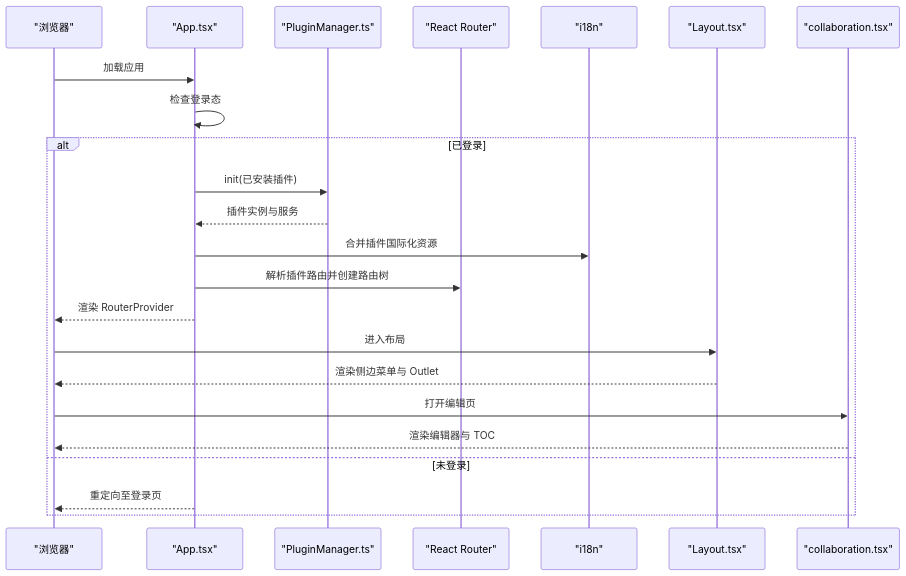
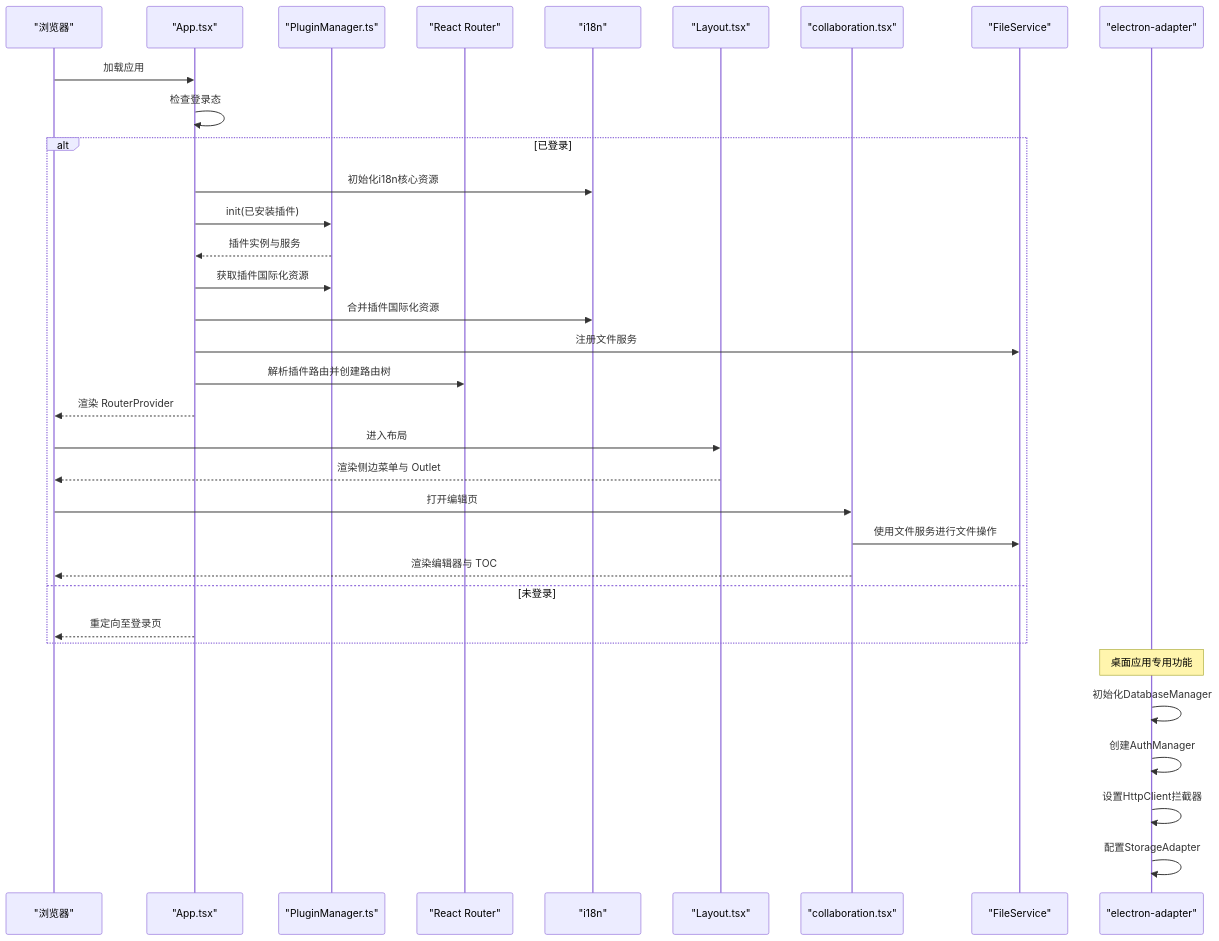
One commit to LRF0422/Kotion changed the second of 15 diagrams in .qoder/repowiki/zh/content/核心模块/核心模块.md. Above: the diagram before and after it, drawn with Mermaid. The commit also changed other lines of this file and 75 other files, not shown here.

````diff
--- a/.qoder/repowiki/zh/content/核心模块/核心模块.md
+++ b/.qoder/repowiki/zh/content/核心模块/核心模块.md
@@ -126,25 +254,36 @@
 ```mermaid
 sequenceDiagram
 participant Browser as "浏览器"
 participant App as "App.tsx"
 participant PM as "PluginManager.ts"
 participant Router as "React Router"
 participant Intl as "i18n"
 participant Layout as "Layout.tsx"
 participant Editor as "collaboration.tsx"
+participant FS as "FileService"
+participant Electron as "electron-adapter"
 Browser->>App : 加载应用
 App->>App : 检查登录态
 alt 已登录
+App->>Intl : 初始化i18n核心资源
 App->>PM : init(已安装插件)
 PM-->>App : 插件实例与服务
+App->>PM : 获取插件国际化资源
 App->>Intl : 合并插件国际化资源
+App->>FS : 注册文件服务
 App->>Router : 解析插件路由并创建路由树
 App-->>Browser : 渲染 RouterProvider
 Browser->>Layout : 进入布局
 Layout-->>Browser : 渲染侧边菜单与 Outlet
 Browser->>Editor : 打开编辑页
+Editor->>FS : 使用文件服务进行文件操作
 Editor-->>Browser : 渲染编辑器与 TOC
 else 未登录
 App-->>Browser : 重定向至登录页
 end
+Note over Electron : 桌面应用专用功能
+Electron->>Electron : 初始化DatabaseManager
+Electron->>Electron : 创建AuthManager
+Electron->>Electron : 设置HttpClient拦截器
+Electron->>Electron : 配置StorageAdapter
 ```
````
